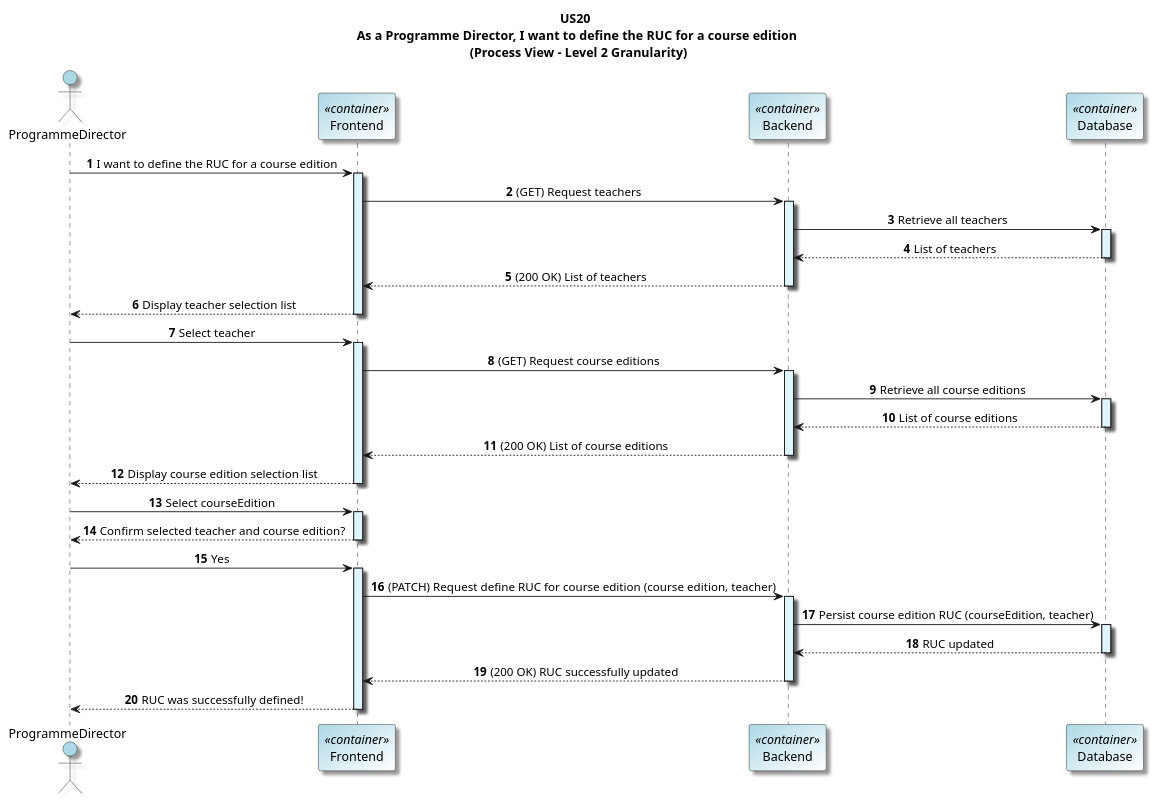
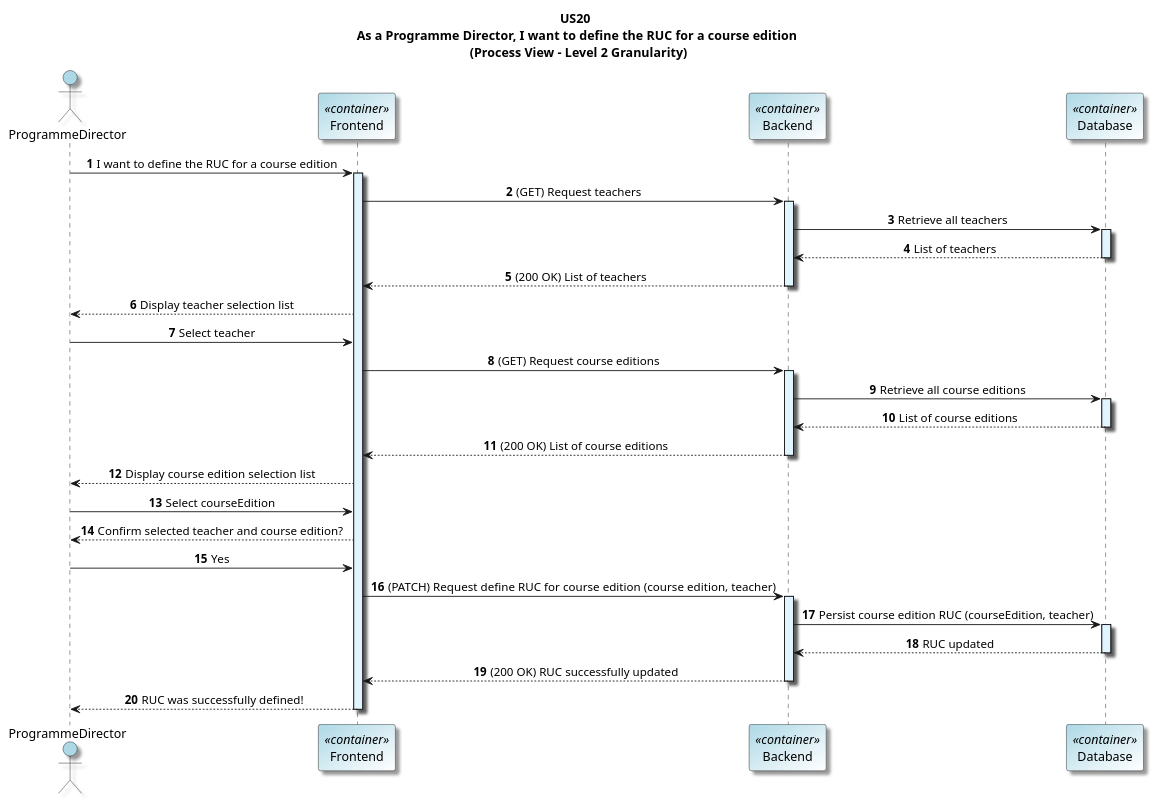
One commit to GasparISEP/DevOps-PAI changed the diagram in docs/US20/sprint6_RestAPI/processView/DefineRUCForACourseEdition_Level2Granularity.puml. Above: the diagram before and after it, drawn with PlantUML. The commit also changed 1 other file, not shown here.

Commit message:
Refs #545 #536. Refactor process view diagrams with level 2 and 3 of granularity for functionality define the RUC for a course edition

```diff
--- a/docs/US20/sprint6_RestAPI/processView/DefineRUCForACourseEdition_Level2Granularity.puml
+++ b/docs/US20/sprint6_RestAPI/processView/DefineRUCForACourseEdition_Level2Granularity.puml
@@ -1,74 +1,71 @@
 @startuml
 
 title US20 \n As a Programme Director, I want to define the RUC for a course edition \n (Process View - Level 2 Granularity)
 
 skinparam titleFontName "Verdana"
 skinparam defaultFontName "Verdana"
 skinparam defaultTextAlignment center
 skinparam shadowing true
 skinparam actorBackgroundColor #lightblue
 skinparam participantBackgroundColor #lightblue/white
 
 autonumber
 
 actor ProgrammeDirector as PD
 participant "Frontend" as Frontend <<container>>
 participant "Backend" as Backend <<container>>
 participant "Database" as DB <<container>>
 
 PD -> Frontend: I want to define the RUC for a course edition
 activate Frontend #E1F5FE
 
 ' --- Select teachers ---
 Frontend -> Backend: (GET) Request teachers
 activate Backend  #E1F5FE
 Backend -> DB: Retrieve all teachers
 activate DB  #E1F5FE
 DB --> Backend: List of teachers
 deactivate DB
 Backend --> Frontend: (200 OK) List of teachers
 deactivate Backend
 Frontend --> PD: Display teacher selection list
 
 
-deactivate Frontend
 PD -> Frontend: Select teacher
-activate Frontend #E1F5FE
 
 ' --- Select course edition ---
 Frontend -> Backend: (GET) Request course editions
 activate Backend  #E1F5FE
 Backend -> DB: Retrieve all course editions
 activate DB  #E1F5FE
 DB --> Backend: List of course editions
 deactivate DB
 Backend --> Frontend: (200 OK) List of course editions
 deactivate Backend
 Frontend --> PD: Display course edition selection list
-deactivate Frontend
+
 
 PD -> Frontend: Select courseEdition
-activate Frontend  #E1F5FE
+
 
 
 ' --- Confirm ---
 Frontend --> PD: Confirm selected teacher and course edition?
-deactivate Frontend
+
 PD -> Frontend: Yes
-activate Frontend #E1F5FE
 
 
 ' --- Define RUC ---
 Frontend -> Backend: (PATCH) Request define RUC for course edition (course edition, teacher)
 activate Backend  #E1F5FE
 Backend -> DB: Persist course edition RUC (courseEdition, teacher)
 activate DB  #E1F5FE
 DB --> Backend: RUC updated
 deactivate DB
 Backend --> Frontend: (200 OK) RUC successfully updated
 deactivate Backend
 
 Frontend --> PD: RUC was successfully defined!
 deactivate Frontend
 
 @enduml
```
